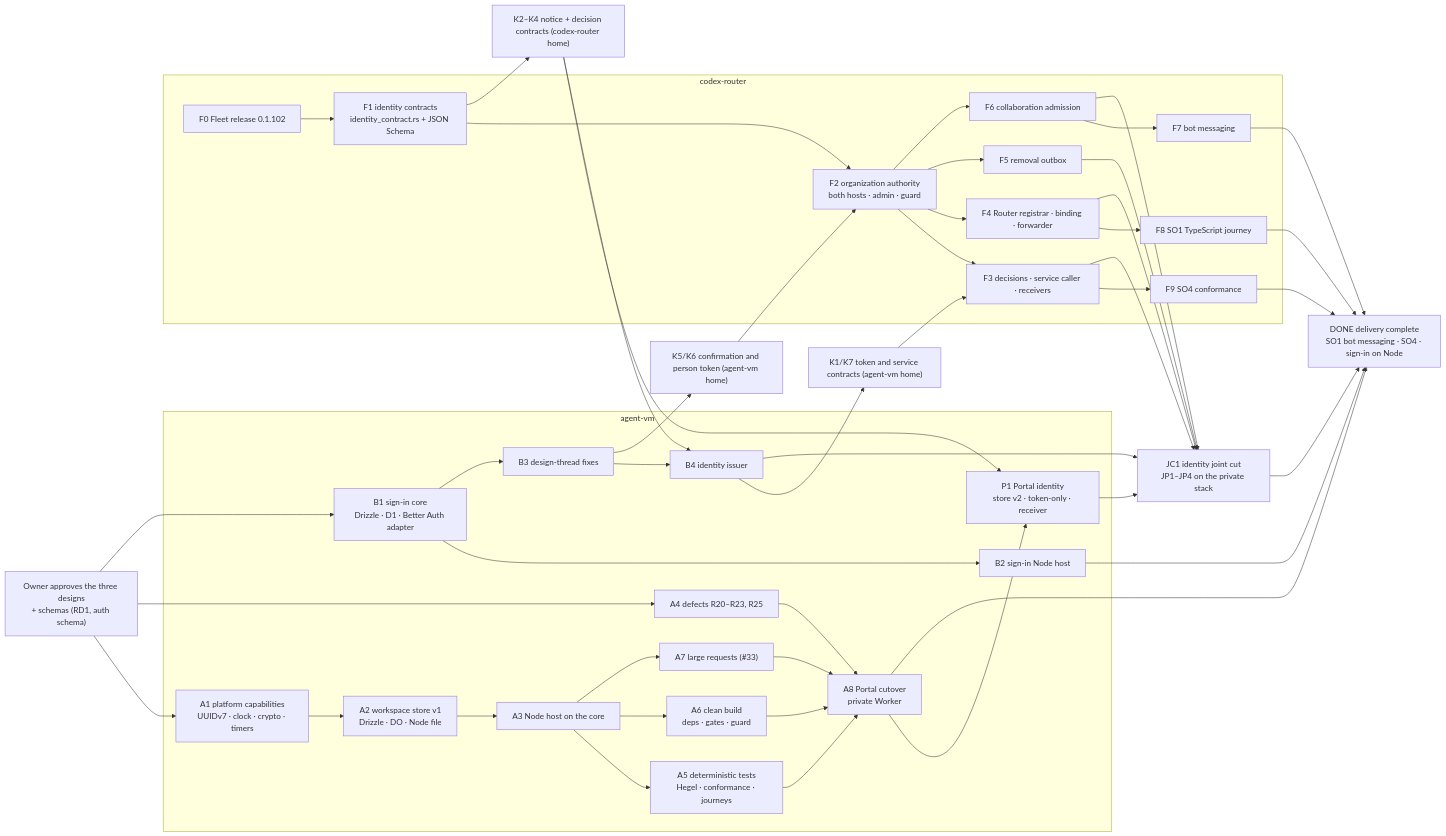
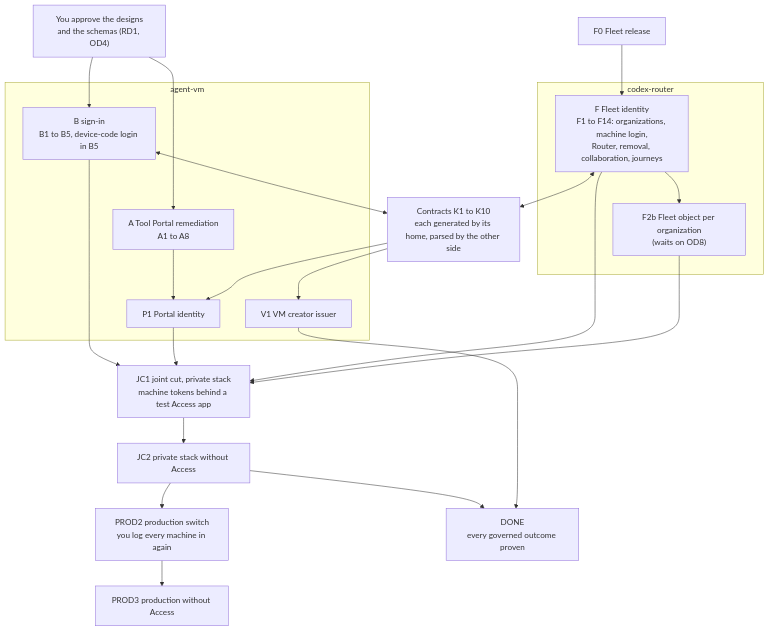
The diagram in docs/specs/2026-10-24-delivery-orchestration/program-design.md (ShravanSunder/agent-vm), drawn with Mermaid before and after one commit. The commit also changed other lines of this file and 26 other files, not shown here.

````diff
--- a/docs/specs/2026-10-24-delivery-orchestration/program-design.md
+++ b/docs/specs/2026-10-24-delivery-orchestration/program-design.md
@@ -7,53 +7,39 @@
 ```mermaid
-flowchart LR
-  APPROVE["Owner approves the three designs<br/>+ schemas (RD1, auth schema)"]
+flowchart TB
+  APPROVE["You approve the designs<br/>and the schemas (RD1, OD4)"]
+  F0["F0 Fleet release"]
   subgraph AV["agent-vm"]
-    A1["A1 platform capabilities<br/>UUIDv7 · clock · crypto · timers"] --> A2["A2 workspace store v1<br/>Drizzle · DO · Node file"]
-    A2 --> A3["A3 Node host on the core"]
-    A4["A4 defects R20–R23, R25"]
-    A4 --> A8
-    A3 --> A5["A5 deterministic tests<br/>Hegel · conformance · journeys"]
-    A3 --> A6["A6 clean build<br/>deps · gates · guard"]
-    A3 --> A7["A7 large requests (#33)"]
-    A5 --> A8["A8 Portal cutover<br/>private Worker"]
-    A6 --> A8
-    A7 --> A8
-    B1["B1 sign-in core<br/>Drizzle · D1 · Better Auth adapter"] --> B2["B2 sign-in Node host"]
-    B1 --> B3["B3 design-thread fixes"]
-    B3 --> B4["B4 identity issuer"]
-    A8 --> P1["P1 Portal identity<br/>store v2 · token-only · receiver"]
+    A["A Tool Portal remediation<br/>A1 to A8"]
+    B["B sign-in<br/>B1 to B5, device-code login in B5"]
+    P1["P1 Portal identity"]
+    V1["V1 VM creator issuer"]
   end
   subgraph CR["codex-router"]
-    F0["F0 Fleet release 0.1.102"] --> F1["F1 identity contracts<br/>identity_contract.rs + JSON Schema"]
-    F1 --> F2["F2 organization authority<br/>both hosts · admin · guard"]
-    F2 --> F3["F3 decisions · service caller · receivers"]
-    F2 --> F4["F4 Router registrar · binding · forwarder"]
-    F2 --> F5["F5 removal outbox"]
-    F2 --> F6["F6 collaboration admission"]
-    F6 --> F7["F7 bot messaging"]
-    F4 --> F8["F8 SO1 TypeScript journey"]
-    F3 --> F9["F9 SO4 conformance"]
+    F["F Fleet identity<br/>F1 to F14: organizations, machine login,<br/>Router, removal, collaboration, journeys"]
+    F2b["F2b Fleet object per organization<br/>(waits on OD8)"]
   end
-  APPROVE --> A1
-  APPROVE --> A4
-  APPROVE --> B1
-  B4 --> K1["K1/K7 token and service contracts (agent-vm home)"]
-  K1 --> F3
-  B3 --> K5["K5/K6 confirmation and person token (agent-vm home)"]
-  K5 --> F2
-  F1 --> K2["K2–K4 notice + decision contracts (codex-router home)"]
-  K2 --> P1
-  K2 --> B4
-  B4 --> JC1["JC1 identity joint cut<br/>JP1–JP4 on the private stack"]
+  K["Contracts K1 to K10<br/>each generated by its home, parsed by the other side"]
+  JC1["JC1 joint cut, private stack<br/>machine tokens behind a test Access app"]
+  JC2["JC2 private stack without Access"]
+  PROD2["PROD2 production switch<br/>you log every machine in again"]
+  PROD3["PROD3 production without Access"]
+  DONE["DONE<br/>every governed outcome proven"]
+  APPROVE --> A
+  APPROVE --> B
+  F0 --> F
+  A --> P1
+  F --> F2b
+  F <--> K
+  B <--> K
+  K --> P1
+  K --> V1
+  B --> JC1
   P1 --> JC1
-  F3 --> JC1
-  F4 --> JC1
-  F5 --> JC1
-  F6 --> JC1
-  JC1 --> DONE["DONE delivery complete<br/>SO1 bot messaging · SO4 · sign-in on Node"]
-  A8 --> DONE
-  B2 --> DONE
-  F7 --> DONE
-  F8 --> DONE
-  F9 --> DONE
+  F --> JC1
+  F2b --> JC1
+  JC1 --> JC2
+  JC2 --> PROD2
+  PROD2 --> PROD3
+  JC2 --> DONE
+  V1 --> DONE
 ```
````
